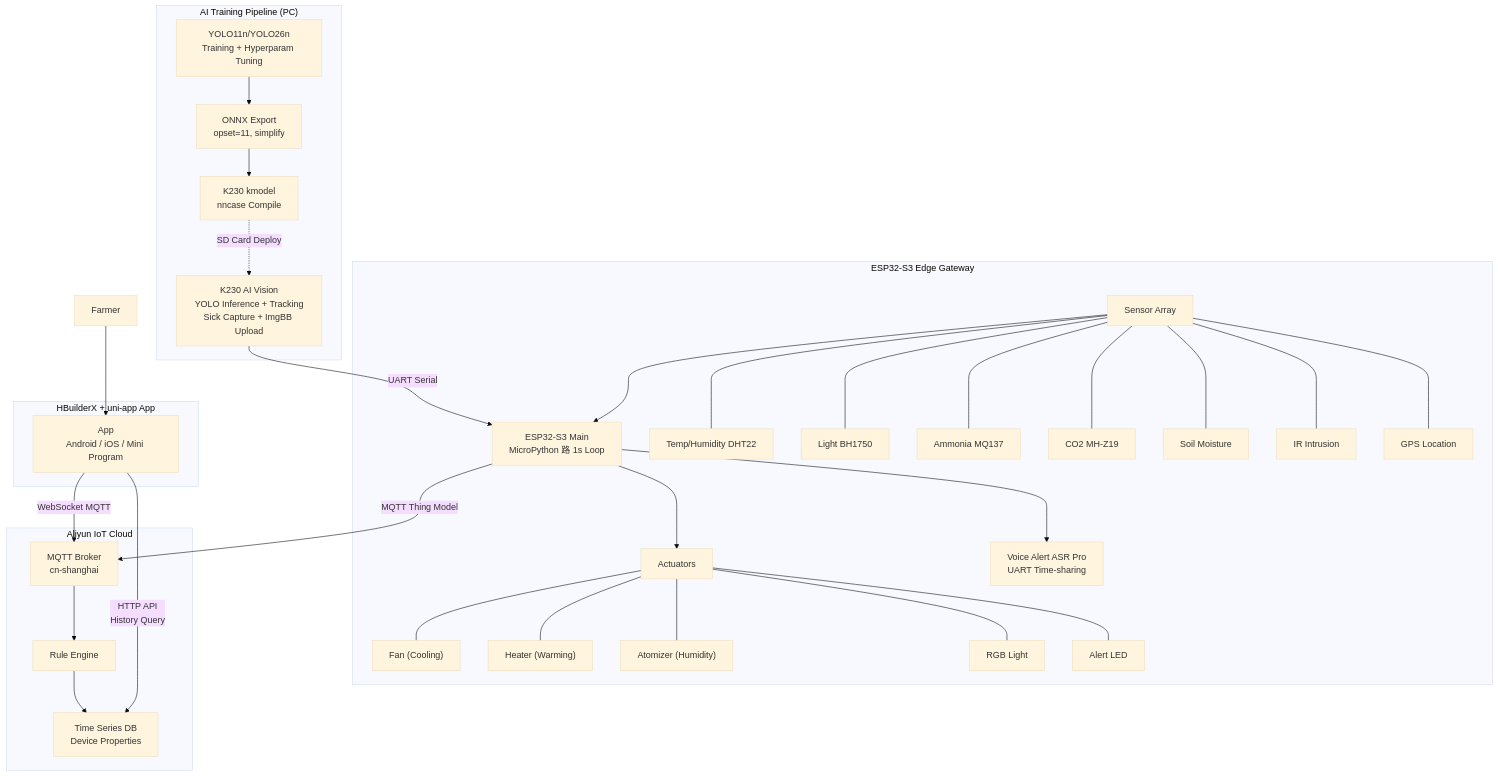
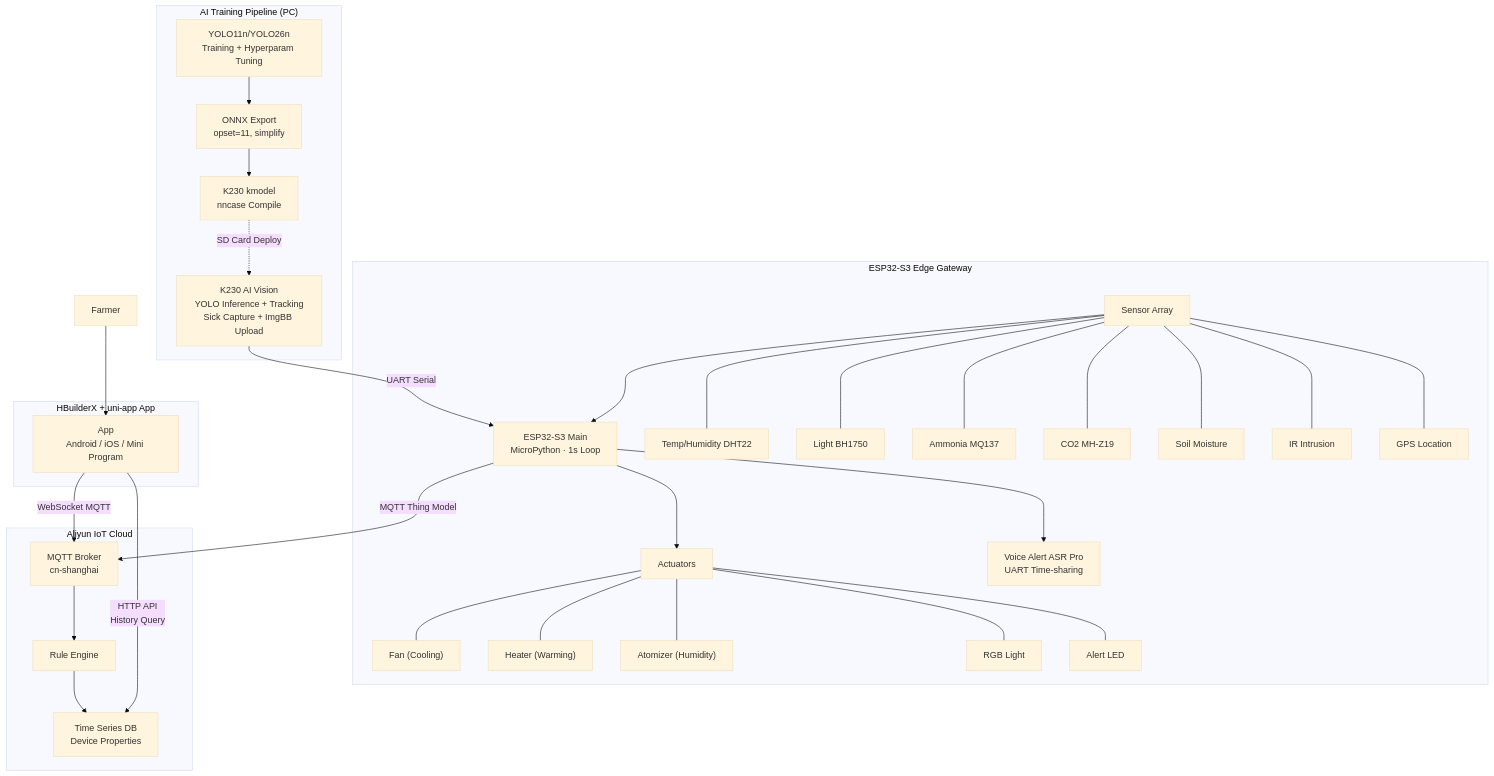
Before and after one commit to ireneadler258-create/silkworm: the diagram in README.md, drawn with Mermaid (base theme). The commit also changed other lines of this file, not shown here.

````diff
--- a/README.md
+++ b/README.md
@@ -10,42 +11,42 @@
 ```mermaid
 flowchart TB
     subgraph "AI Training Pipeline (PC)"
         YOLO[YOLO11n/YOLO26n<br/>Training + Hyperparam Tuning] --> ONNX[ONNX Export<br/>opset=11, simplify]
         ONNX --> KMODEL[K230 kmodel<br/>nncase Compile] -.->|SD Card Deploy| K230
     end
 
     subgraph "ESP32-S3 Edge Gateway"
-        K230[K230 AI Vision<br/>YOLO Inference + Tracking<br/>Sick Capture + ImgBB Upload] -->|UART Serial| ESP32[ESP32-S3 Main<br/>MicroPython 路 1s Loop]
-        
+        K230[K230 AI Vision<br/>YOLO Inference + Tracking<br/>Sick Capture + ImgBB Upload] -->|UART Serial| ESP32[ESP32-S3 Main<br/>MicroPython · 1s Loop]
+
         SENSORS[Sensor Array] --> ESP32
         SENSORS --- DHT22["Temp/Humidity DHT22"]
         SENSORS --- BH1750["Light BH1750"]
         SENSORS --- MQ137["Ammonia MQ137"]
         SENSORS --- MHZ19["CO2 MH-Z19"]
         SENSORS --- SOIL["Soil Moisture"]
         SENSORS --- IR["IR Intrusion"]
         SENSORS --- GPS["GPS Location"]
-        
+
         ESP32 --> ACTUATORS[Actuators]
         ACTUATORS --- FAN["Fan (Cooling)"]
         ACTUATORS --- HEATER["Heater (Warming)"]
         ACTUATORS --- ATOMIZER["Atomizer (Humidity)"]
         ACTUATORS --- RGB["RGB Light"]
         ACTUATORS --- ALERT["Alert LED"]
-        
+
         ESP32 --> VOICE["Voice Alert ASR Pro<br/>UART Time-sharing"]
     end
 
     subgraph "Aliyun IoT Cloud"
         MQTT["MQTT Broker<br/>cn-shanghai"] --> RULES[Rule Engine]
         RULES --> TSDB[Time Series DB<br/>Device Properties]
     end
 
     subgraph "HBuilderX + uni-app App"
         APP[App<br/>Android / iOS / Mini Program] -->|WebSocket MQTT| MQTT
         APP -->|HTTP API<br/>History Query| TSDB
     end
 
     ESP32 -->|MQTT Thing Model| MQTT
     USER[Farmer] --> APP
 ```
````
